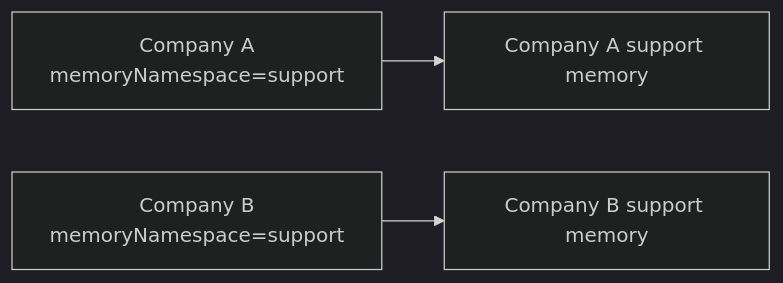
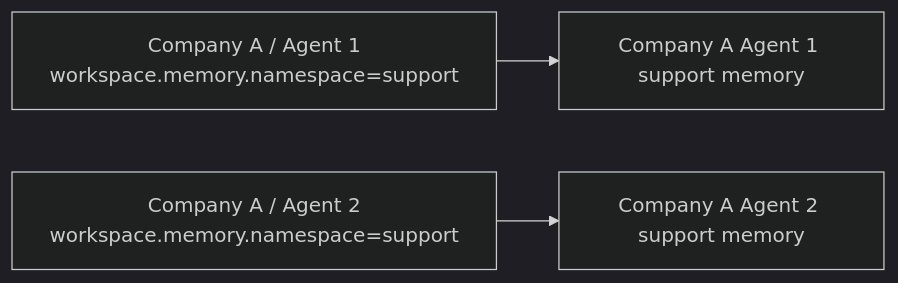
One commit to beeblastco/filthy-panty changed the fourth of 6 diagrams in docs/memory-and-session.md. Above: the diagram before and after it, drawn with Mermaid (dark theme). The commit also changed other lines of this file and 187 other files, not shown here.

````diff
--- a/docs/memory-and-session.md
+++ b/docs/memory-and-session.md
@@ -60,5 +66,5 @@
 ```mermaid
 flowchart LR
-  A["Company A<br/>memoryNamespace=support"] --> AM["Company A support memory"]
-  B["Company B<br/>memoryNamespace=support"] --> BM["Company B support memory"]
+  A["Company A / Agent 1<br/>workspace.memory.namespace=support"] --> AM["Company A Agent 1 support memory"]
+  B["Company A / Agent 2<br/>workspace.memory.namespace=support"] --> BM["Company A Agent 2 support memory"]
 ```
````
